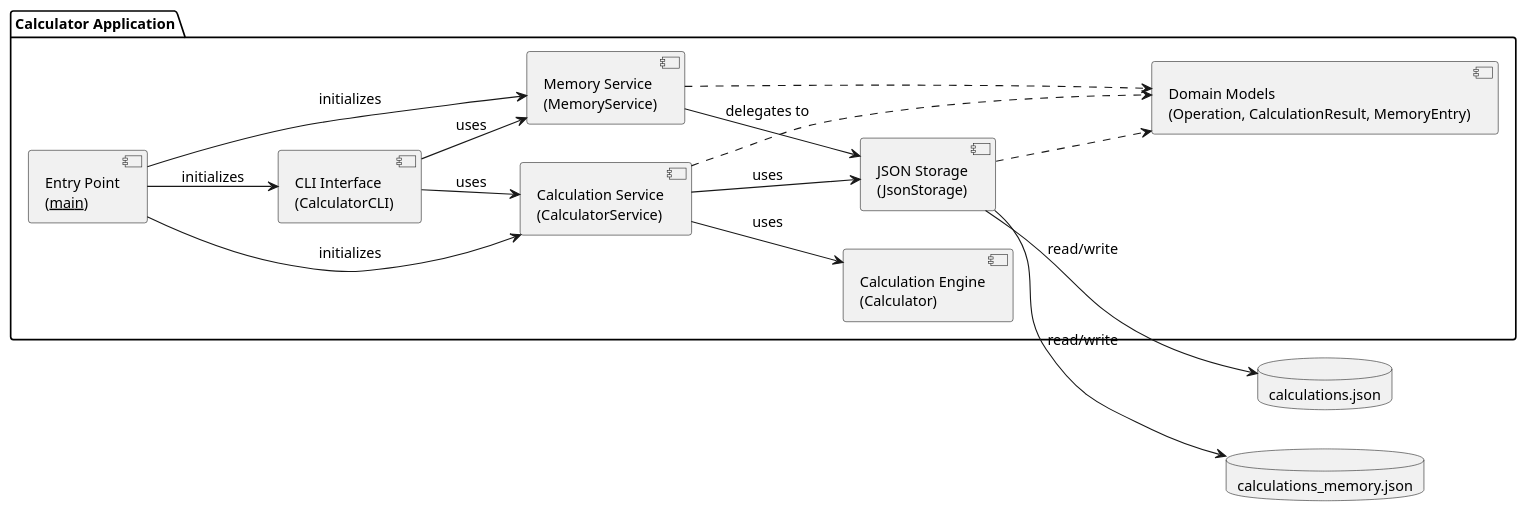
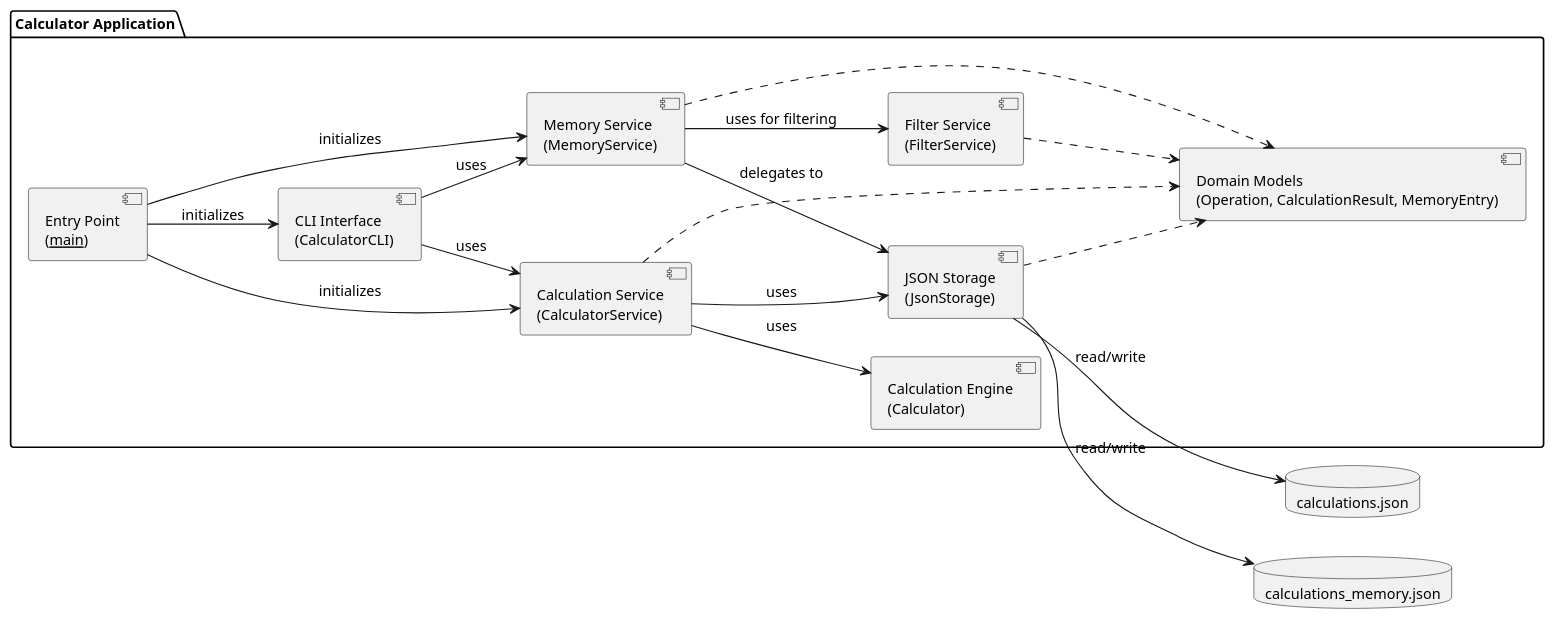
One commit to DanielRiha8906/Software_autoevolution_using_agents changed the diagram in experiments/broadcast/user_stories/calculator/artifacts/component_diagram.puml. Above: the diagram before and after it, drawn with PlantUML. The commit also changed 6 other files, not shown here.

```diff
--- a/experiments/broadcast/user_stories/calculator/artifacts/component_diagram.puml
+++ b/experiments/broadcast/user_stories/calculator/artifacts/component_diagram.puml
@@ -1,38 +1,41 @@
 @startuml component_diagram
 
 skinparam componentStyle uml2
 skinparam defaultFontSize 13
 left to right direction
 
 package "Calculator Application" {
 
     component "Entry Point\n(__main__)" as Main
     component "CLI Interface\n(CalculatorCLI)" as CLI
     component "Calculation Service\n(CalculatorService)" as Service
     component "Memory Service\n(MemoryService)" as MemService
+    component "Filter Service\n(FilterService)" as FilterSvc
     component "Calculation Engine\n(Calculator)" as Calc
     component "JSON Storage\n(JsonStorage)" as Store
     component "Domain Models\n(Operation, CalculationResult, MemoryEntry)" as Models
 
     Main --> CLI : initializes
     Main --> Service : initializes
     Main --> MemService : initializes
 
     CLI --> Service : uses
     CLI --> MemService : uses
     Service --> Calc : uses
     Service --> Store : uses
     MemService --> Store : delegates to
+    MemService --> FilterSvc : uses for filtering
 
     Service ..> Models
     MemService ..> Models
+    FilterSvc ..> Models
     Store ..> Models
 }
 
 database "calculations.json" as DB
 database "calculations_memory.json" as MemDB
 
 Store --> DB : read/write
 Store --> MemDB : read/write
 
 @enduml
```
